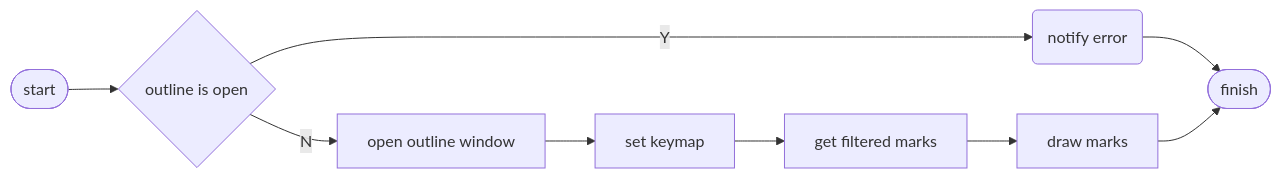
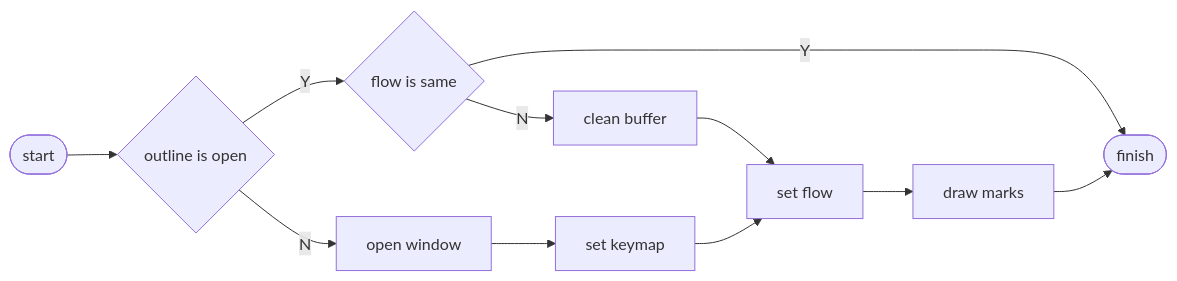
Before and after one commit to niuiic/track.nvim: diagram 12 of 17 in DESIGN.md, drawn with Mermaid. The commit also changed other lines of this file and 7 other files, not shown here.

````diff
--- a/DESIGN.md
+++ b/DESIGN.md
@@ -338,18 +346,24 @@
 ```mermaid
 flowchart LR
     start([start]) --> n1
 
     n1{outline is open}
-    n1 --Y--> error(notify error) --> finish
-    n1 --N--> n2
+    n1 --Y--> n2
+    n1 --N--> n3
 
-    n2[open outline window] --> n5
+    n2{flow is same}
+    n2 --Y--> finish
+    n2 --N--> n4
 
-    n5[set keymap] --> n3
+    n4[clean buffer] --> n7
 
-    n3[get filtered marks] --> n4
+    n5[draw marks] --> finish
 
-    n4[draw marks] --> finish
+    n3[open window] --> n6
+
+    n6[set keymap] --> n7
+
+    n7[set flow] --> n5
 
     finish([finish])
 ```
````
